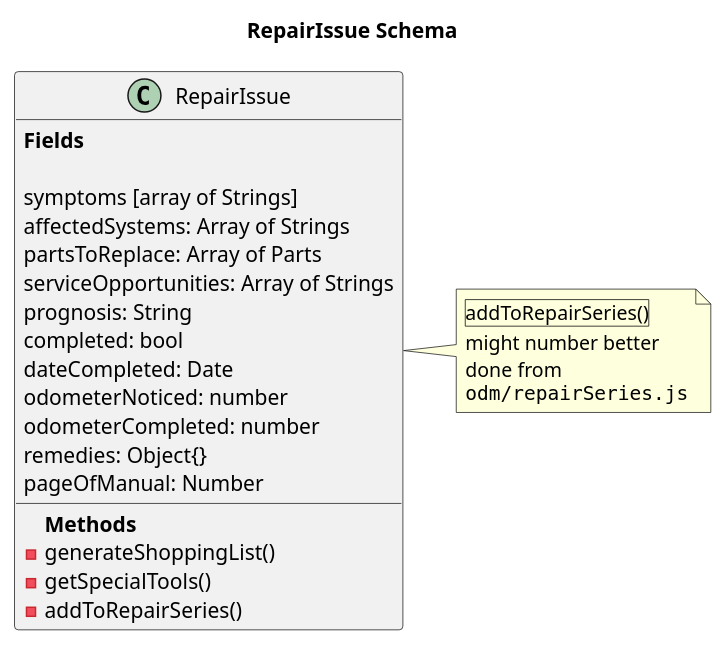
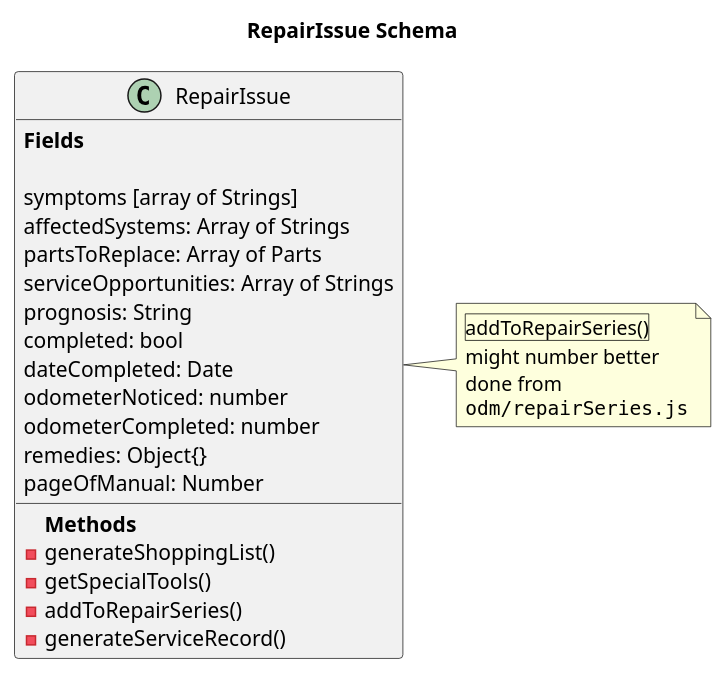
The diagram in src/app/odm/uml/repairIssue.puml (TwoFistedJustice/manifold), drawn with PlantUML before and after one commit.

Commit message:
Add generateServiceRecord method to schema diagram

```diff
--- a/src/app/odm/uml/repairIssue.puml
+++ b/src/app/odm/uml/repairIssue.puml
@@ -1,36 +1,37 @@
 @startuml
 title  RepairIssue Schema
 
 class RepairIssue {
 {field}<b>Fields</b>
 
 symptoms [array of Strings]
 affectedSystems: Array of Strings
 partsToReplace: Array of Parts
 serviceOpportunities: Array of Strings
 prognosis: String
 completed: bool
 dateCompleted: Date
 odometerNoticed: number
 odometerCompleted: number
 remedies: Object{}
 pageOfManual: Number
 
 
 
 {method}<b>Methods</b>
 - generateShoppingList()
 - getSpecialTools()
 - addToRepairSeries()
+- generateServiceRecord()
 }
 
 
 note right
 |addToRepairSeries()|
 might number better
 done from
 ""odm/repairSeries.js""
 end note
 
 
 @enduml
```
